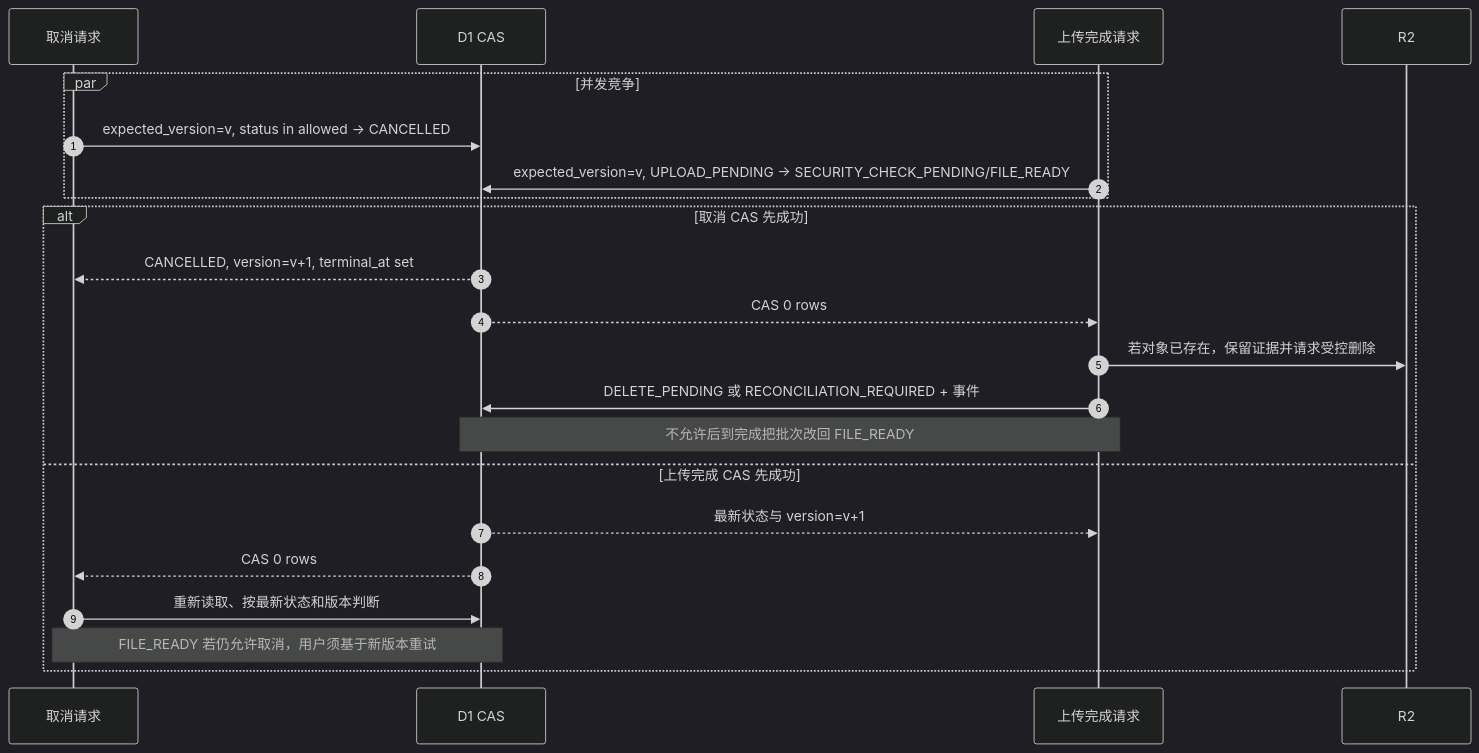
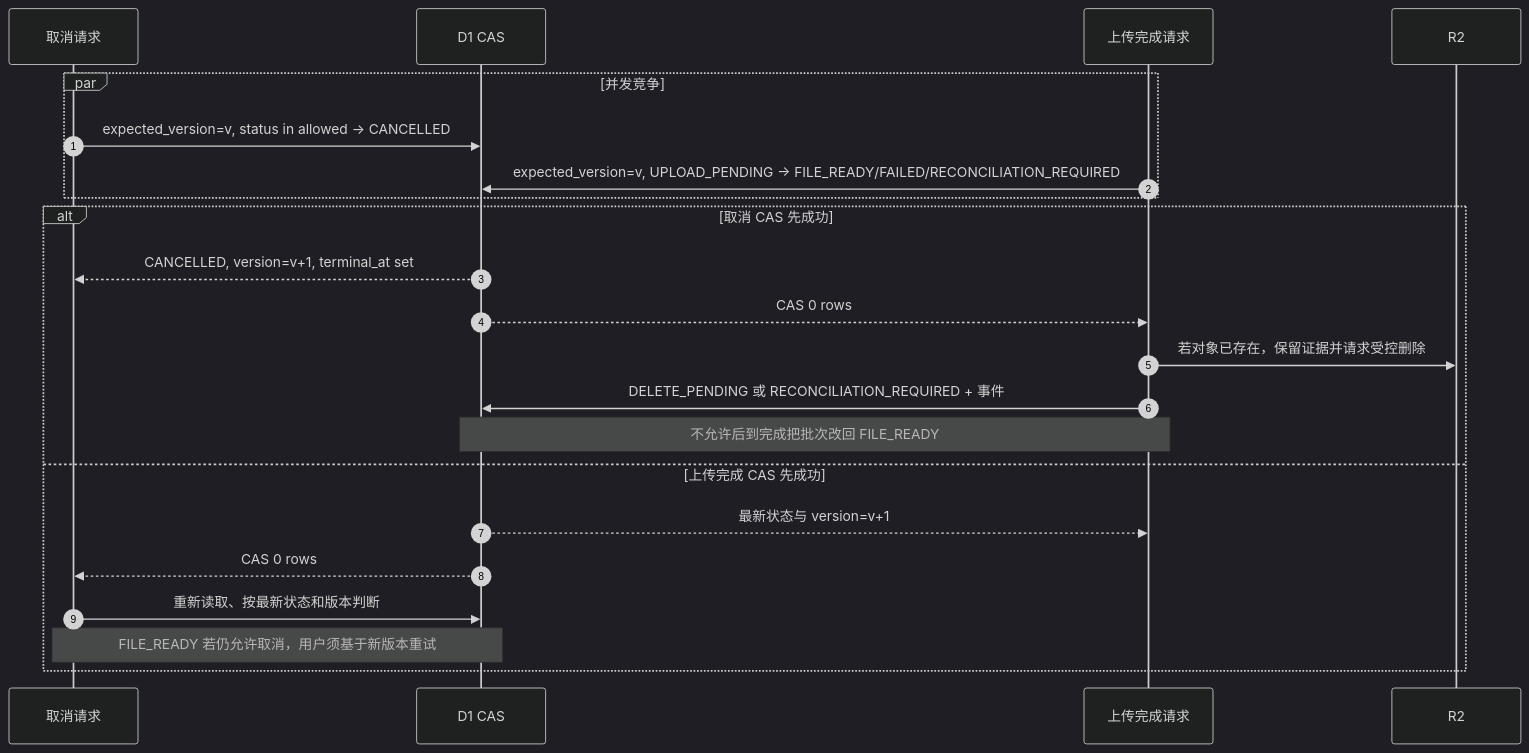
Before and after one commit to 3443176848/chenyida: the sixth of 7 diagrams in docs/material-master/material-import-batch-v1-flow.md, drawn with Mermaid (dark theme). The commit also changed other lines of this file and 24 other files, not shown here.

````diff
--- a/docs/material-master/material-import-batch-v1-flow.md
+++ b/docs/material-master/material-import-batch-v1-flow.md
@@ -199,26 +195,26 @@
 ```mermaid
 sequenceDiagram
     autonumber
     participant C as 取消请求
     participant D as D1 CAS
     participant U as 上传完成请求
     participant R as R2
 
     par 并发竞争
         C->>D: expected_version=v, status in allowed -> CANCELLED
-        U->>D: expected_version=v, UPLOAD_PENDING -> SECURITY_CHECK_PENDING/FILE_READY
+        U->>D: expected_version=v, UPLOAD_PENDING -> FILE_READY/FAILED/RECONCILIATION_REQUIRED
     end
 
     alt 取消 CAS 先成功
         D-->>C: CANCELLED, version=v+1, terminal_at set
         D-->>U: CAS 0 rows
         U->>R: 若对象已存在，保留证据并请求受控删除
         U->>D: DELETE_PENDING 或 RECONCILIATION_REQUIRED + 事件
         Note over U,D: 不允许后到完成把批次改回 FILE_READY
     else 上传完成 CAS 先成功
         D-->>U: 最新状态与 version=v+1
         D-->>C: CAS 0 rows
         C->>D: 重新读取、按最新状态和版本判断
         Note over C,D: FILE_READY 若仍允许取消，用户须基于新版本重试
     end
 ```
````
